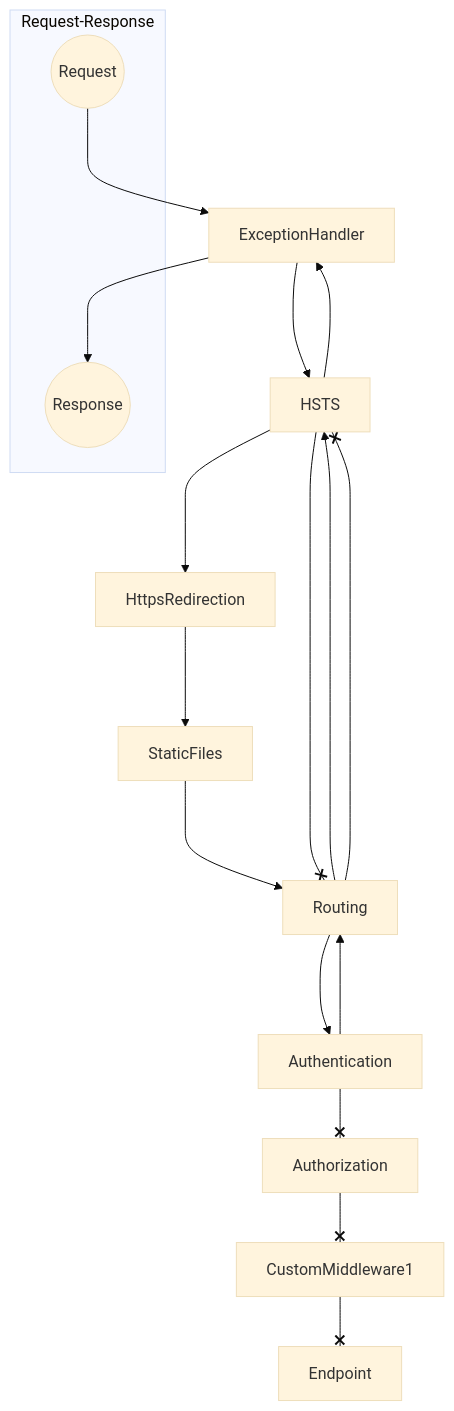
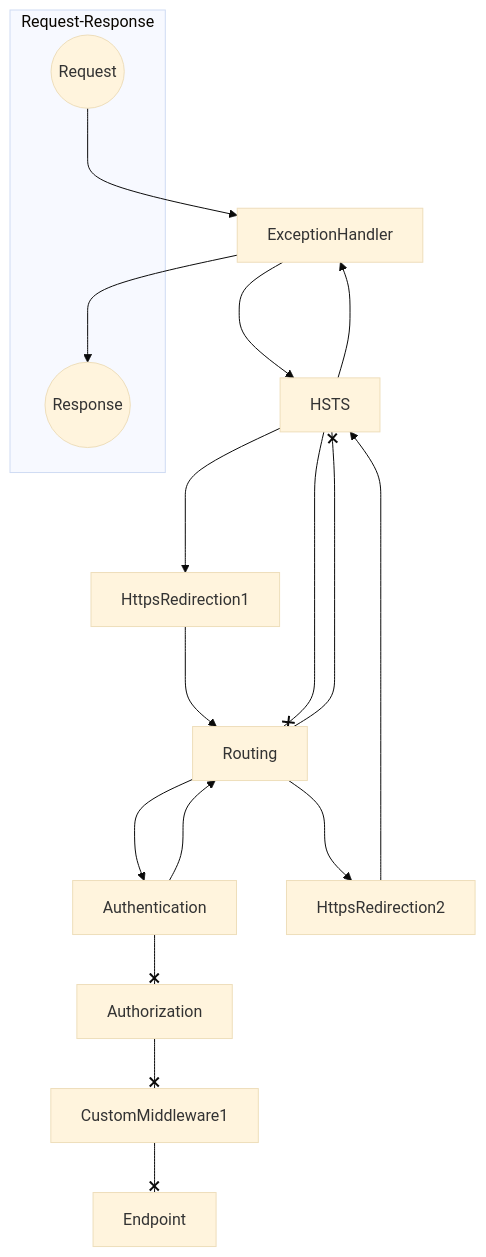
One commit to Rick-Anderson/MiddlewareMermaid changed the diagram in MiddlewareMermaid/graphTD_colorRRx.md. Above: the diagram before and after it, drawn with Mermaid (base theme).

````diff
--- a/MiddlewareMermaid/graphTD_colorRRx.md
+++ b/MiddlewareMermaid/graphTD_colorRRx.md
@@ -1,24 +1,24 @@
 ```mermaid
 graph TD;
     subgraph Request-Response
         Request((Request))
         Response((Response))
     end
     Request--->ExceptionHandler
     ExceptionHandler--->HSTS
-    HSTS--->HttpsRedirection
-    HttpsRedirection--->StaticFiles
-    StaticFiles--->Routing
+    HSTS--->HttpsRedirection1
+    HttpsRedirection1--->Routing
     Routing--->Authentication
     Authentication--->Routing
-    Routing--->HSTS
+    Routing--->HttpsRedirection2
+    HttpsRedirection2--->HSTS
     HSTS--->ExceptionHandler
     ExceptionHandler--->Response
 
     HSTS--xRouting
     Routing--xHSTS
     Authentication--xAuthorization
     Authorization--xCustomMiddleware1
     CustomMiddleware1--xEndpoint
 
 ```
````
